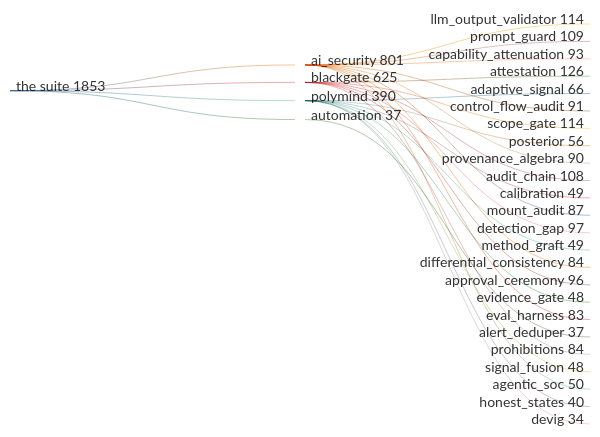
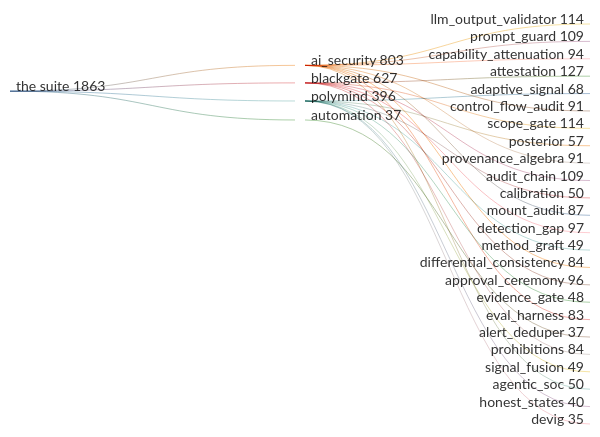
Before and after one commit to greeklinux/Showcase: the third of 5 diagrams in README.md, drawn with Mermaid. The commit also changed other lines of this file and 27 other files, not shown here.

````diff
--- a/README.md
+++ b/README.md
@@ -354,32 +354,32 @@
 ```mermaid
 sankey-beta
 
-the suite,ai_security,801
-the suite,blackgate,625
-the suite,polymind,390
+the suite,ai_security,803
+the suite,blackgate,627
+the suite,polymind,396
 the suite,automation,37
 ai_security,llm_output_validator,114
 ai_security,prompt_guard,109
-ai_security,capability_attenuation,93
+ai_security,capability_attenuation,94
 ai_security,control_flow_audit,91
-ai_security,provenance_algebra,90
+ai_security,provenance_algebra,91
 ai_security,mount_audit,87
 ai_security,differential_consistency,84
 ai_security,eval_harness,83
 ai_security,agentic_soc,50
-blackgate,attestation,126
+blackgate,attestation,127
 blackgate,scope_gate,114
-blackgate,audit_chain,108
+blackgate,audit_chain,109
 blackgate,detection_gap,97
 blackgate,approval_ceremony,96
 blackgate,prohibitions,84
-polymind,adaptive_signal,66
-polymind,posterior,56
-polymind,calibration,49
+polymind,adaptive_signal,68
+polymind,posterior,57
+polymind,calibration,50
 polymind,method_graft,49
 polymind,evidence_gate,48
-polymind,signal_fusion,48
+polymind,signal_fusion,49
 polymind,honest_states,40
-polymind,devig,34
+polymind,devig,35
 automation,alert_deduper,37
 ```
````
